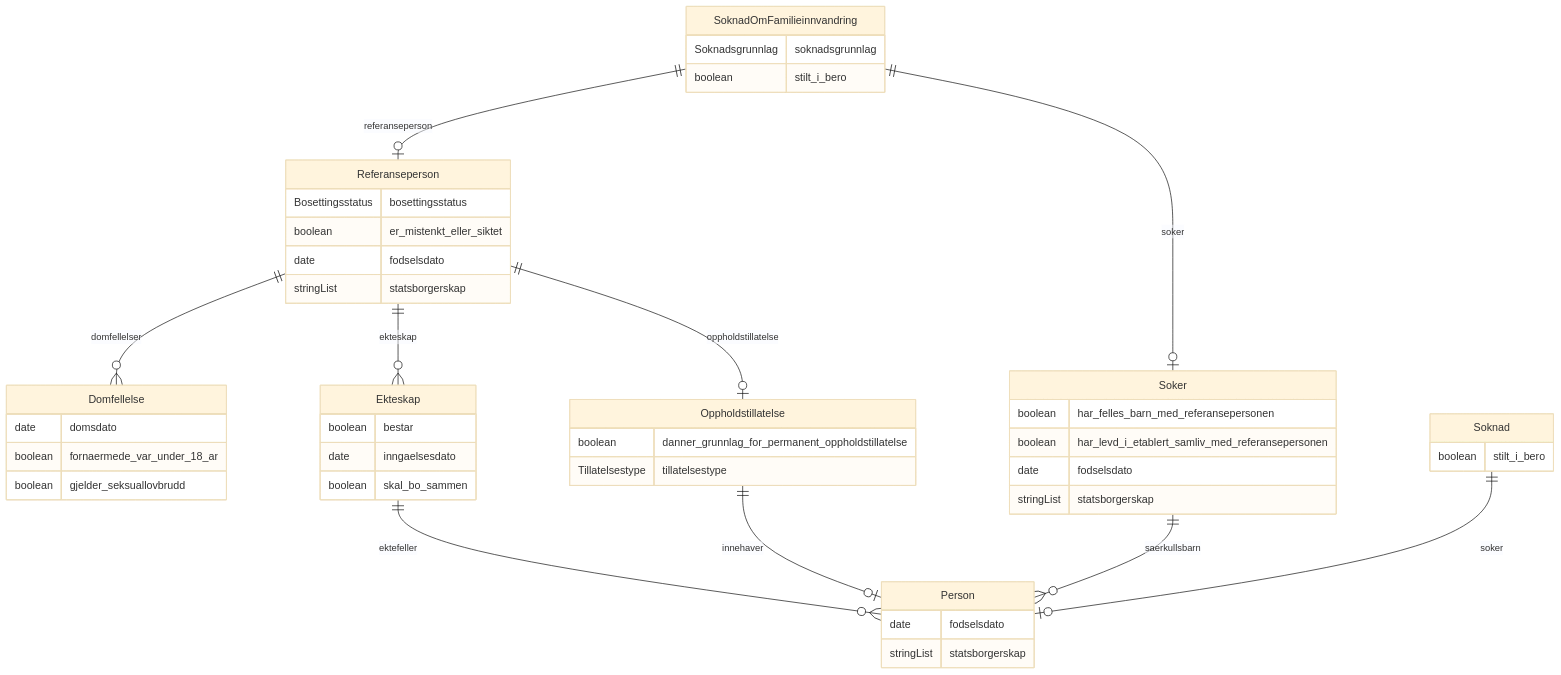
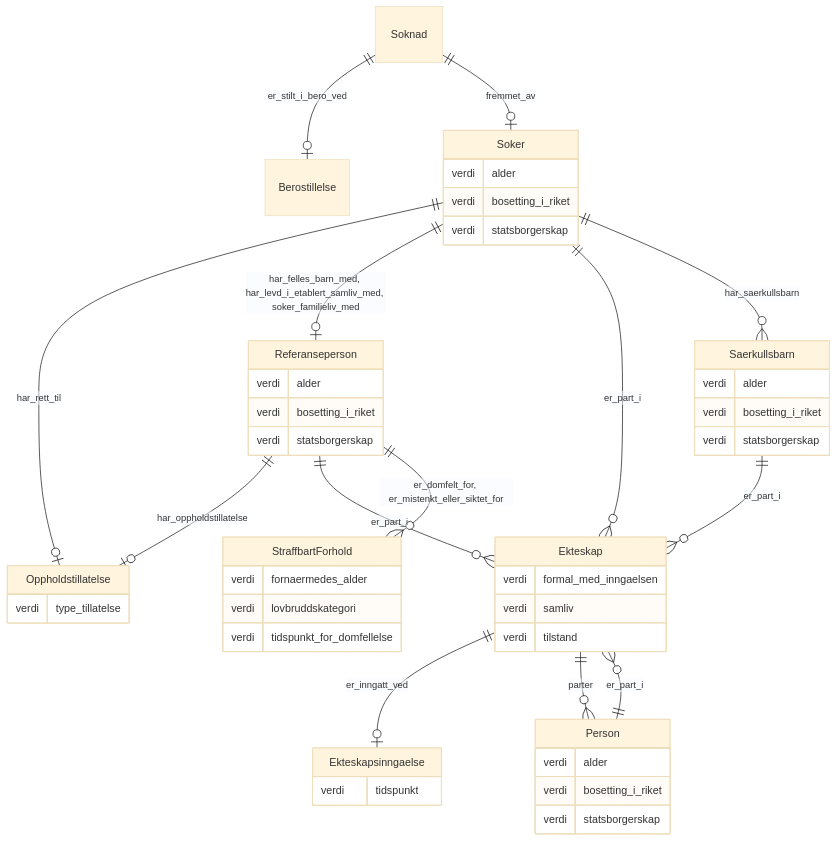
Before and after one commit to andreas25577/informasjonsutledning: the diagram in docs/provekjoring-utl-40.md, drawn with Mermaid (base theme). The commit also changed other lines of this file and 12 other files, not shown here.

````diff
--- a/docs/provekjoring-utl-40.md
+++ b/docs/provekjoring-utl-40.md
@@ -14,51 +18,60 @@
 ```mermaid
 erDiagram
-Domfellelse {
-    date domsdato  
-    boolean fornaermede_var_under_18_ar  
-    boolean gjelder_seksuallovbrudd  
+Berostillelse {
+
 }
 Ekteskap {
-    boolean bestar  
-    date inngaelsesdato  
-    boolean skal_bo_sammen  
+    verdi formal_med_inngaelsen  
+    verdi samliv  
+    verdi tilstand  
+}
+Ekteskapsinngaelse {
+    verdi tidspunkt  
 }
 Oppholdstillatelse {
-    boolean danner_grunnlag_for_permanent_oppholdstillatelse  
-    Tillatelsestype tillatelsestype  
+    verdi type_tillatelse  
 }
 Person {
-    date fodselsdato  
-    stringList statsborgerskap  
+    verdi alder  
+    verdi bosetting_i_riket  
+    verdi statsborgerskap  
 }
 Referanseperson {
-    Bosettingsstatus bosettingsstatus  
-    boolean er_mistenkt_eller_siktet  
-    date fodselsdato  
-    stringList statsborgerskap  
+    verdi alder  
+    verdi bosetting_i_riket  
+    verdi statsborgerskap  
+}
+Saerkullsbarn {
+    verdi alder  
+    verdi bosetting_i_riket  
+    verdi statsborgerskap  
 }
 Soker {
-    boolean har_felles_barn_med_referansepersonen  
-    boolean har_levd_i_etablert_samliv_med_referansepersonen  
-    date fodselsdato  
-    stringList statsborgerskap  
+    verdi alder  
+    verdi bosetting_i_riket  
+    verdi statsborgerskap  
 }
 Soknad {
-    boolean stilt_i_bero  
+
 }
-SoknadOmFamilieinnvandring {
-    Soknadsgrunnlag soknadsgrunnlag  
-    boolean stilt_i_bero  
+StraffbartForhold {
+    verdi fornaermedes_alder  
+    verdi lovbruddskategori  
+    verdi tidspunkt_for_domfellelse  
 }
 
-Ekteskap ||--}o Person : "ektefeller"
-Oppholdstillatelse ||--|o Person : "innehaver"
-Referanseperson ||--|o Oppholdstillatelse : "oppholdstillatelse"
-Referanseperson ||--}o Domfellelse : "domfellelser"
-Referanseperson ||--}o Ekteskap : "ekteskap"
-Soker ||--}o Person : "saerkullsbarn"
-Soknad ||--|o Person : "soker"
-SoknadOmFamilieinnvandring ||--|o Referanseperson : "referanseperson"
-SoknadOmFamilieinnvandring ||--|o Soker : "soker"
+Ekteskap ||--|o Ekteskapsinngaelse : "er_inngatt_ved"
+Ekteskap ||--}o Person : "parter"
+Person ||--}o Ekteskap : "er_part_i"
+Referanseperson ||--|o Oppholdstillatelse : "har_oppholdstillatelse"
+Referanseperson ||--}o Ekteskap : "er_part_i"
+Referanseperson ||--}o StraffbartForhold : "er_domfelt_for, er_mistenkt_eller_siktet_for"
+Saerkullsbarn ||--}o Ekteskap : "er_part_i"
+Soker ||--|o Oppholdstillatelse : "har_rett_til"
+Soker ||--|o Referanseperson : "har_felles_barn_med, har_levd_i_etablert_samliv_med, soker_familieliv_med"
+Soker ||--}o Ekteskap : "er_part_i"
+Soker ||--}o Saerkullsbarn : "har_saerkullsbarn"
+Soknad ||--|o Berostillelse : "er_stilt_i_bero_ved"
+Soknad ||--|o Soker : "fremmet_av"
 
 ```
````
